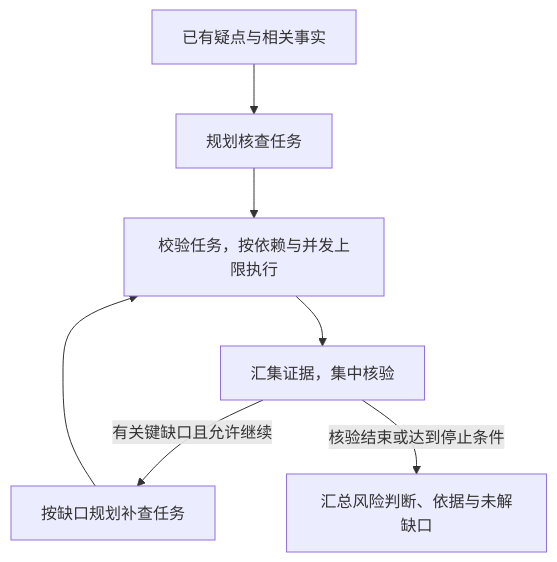
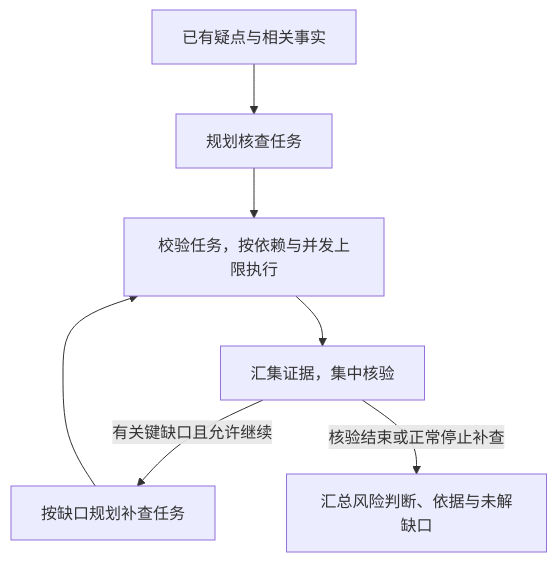
One commit to WBX1009/resume-phrasing changed the diagram in 学习记录/案件研判/任务编排.md. Above: the diagram before and after it, drawn with Mermaid. The commit also changed other lines of this file, not shown here.

````diff
--- a/学习记录/案件研判/任务编排.md
+++ b/学习记录/案件研判/任务编排.md
@@ -50,9 +51,9 @@
 ```mermaid
 flowchart TD
     I["已有疑点与相关事实"] --> P["规划核查任务"]
     P --> D["校验任务，按依赖与并发上限执行"]
     D --> V["汇集证据，集中核验"]
     V -->|"有关键缺口且允许继续"| R["按缺口规划补查任务"]
     R --> D
-    V -->|"核验结束或达到停止条件"| O["汇总风险判断、依据与未解缺口"]
+    V -->|"核验结束或正常停止补查"| O["汇总风险判断、依据与未解缺口"]
 ```
````
